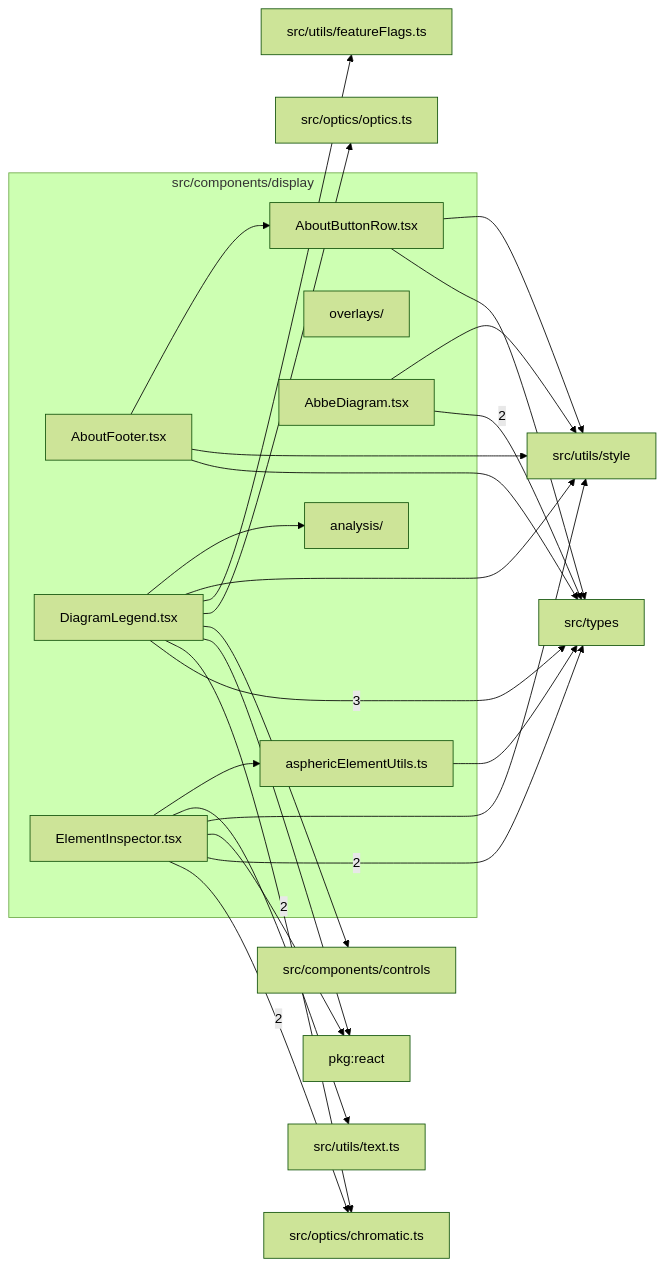
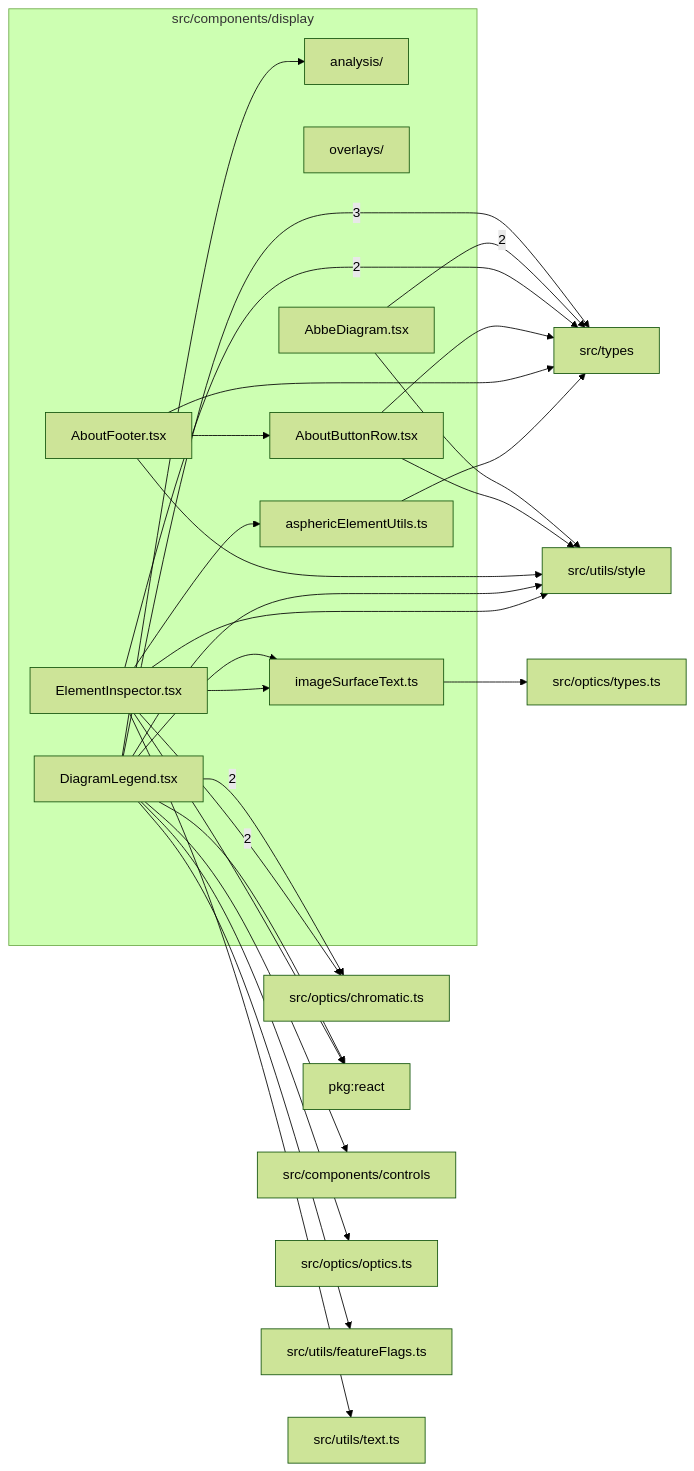
Before and after one commit to ronbuening/LensVisualizer: the diagram in src/components/display/readme.md, drawn with Mermaid (forest theme). The commit also changed other lines of this file and 57 other files, not shown here.

````diff
--- a/src/components/display/readme.md
+++ b/src/components/display/readme.md
@@ -9,43 +9,48 @@
 ```mermaid
 flowchart LR
   subgraph n_src_components_display["src/components/display"]
     n_src_components_display_src_components_display_analysis["analysis/"]
     n_src_components_display_src_components_display_overlays["overlays/"]
     n_src_components_display_src_components_display_AbbeDiagram_tsx["AbbeDiagram.tsx"]
     n_src_components_display_src_components_display_AboutButtonRow_tsx["AboutButtonRow.tsx"]
     n_src_components_display_src_components_display_AboutFooter_tsx["AboutFooter.tsx"]
     n_src_components_display_src_components_display_asphericElementUtils_ts["asphericElementUtils.ts"]
     n_src_components_display_src_components_display_DiagramLegend_tsx["DiagramLegend.tsx"]
     n_src_components_display_src_components_display_ElementInspector_tsx["ElementInspector.tsx"]
+    n_src_components_display_src_components_display_imageSurfaceText_ts["imageSurfaceText.ts"]
   end
   n_external_src_types["src/types"]
   n_external_src_optics_chromatic_ts["src/optics/chromatic.ts"]
   n_external_pkg_react["pkg:react"]
   n_external_src_components_controls["src/components/controls"]
   n_external_src_optics_optics_ts["src/optics/optics.ts"]
+  n_external_src_optics_types_ts["src/optics/types.ts"]
   n_external_src_utils_featureFlags_ts["src/utils/featureFlags.ts"]
   n_external_src_utils_style["src/utils/style"]
   n_external_src_utils_text_ts["src/utils/text.ts"]
   n_src_components_display_src_components_display_DiagramLegend_tsx --> |3| n_external_src_types
   n_src_components_display_src_components_display_DiagramLegend_tsx --> |2| n_external_src_optics_chromatic_ts
   n_src_components_display_src_components_display_ElementInspector_tsx --> |2| n_external_src_optics_chromatic_ts
   n_src_components_display_src_components_display_AbbeDiagram_tsx --> |2| n_external_src_types
   n_src_components_display_src_components_display_ElementInspector_tsx --> |2| n_external_src_types
   n_src_components_display_src_components_display_DiagramLegend_tsx --> n_external_pkg_react
   n_src_components_display_src_components_display_ElementInspector_tsx --> n_external_pkg_react
   n_src_components_display_src_components_display_DiagramLegend_tsx --> n_external_src_components_controls
   n_src_components_display_src_components_display_DiagramLegend_tsx --> n_external_src_optics_optics_ts
+  n_src_components_display_src_components_display_imageSurfaceText_ts --> n_external_src_optics_types_ts
   n_src_components_display_src_components_display_AboutButtonRow_tsx --> n_external_src_types
   n_src_components_display_src_components_display_AboutFooter_tsx --> n_external_src_types
   n_src_components_display_src_components_display_asphericElementUtils_ts --> n_external_src_types
   n_src_components_display_src_components_display_DiagramLegend_tsx --> n_external_src_utils_featureFlags_ts
   n_src_components_display_src_components_display_AbbeDiagram_tsx --> n_external_src_utils_style
   n_src_components_display_src_components_display_AboutButtonRow_tsx --> n_external_src_utils_style
   n_src_components_display_src_components_display_AboutFooter_tsx --> n_external_src_utils_style
   n_src_components_display_src_components_display_DiagramLegend_tsx --> n_external_src_utils_style
   n_src_components_display_src_components_display_ElementInspector_tsx --> n_external_src_utils_style
   n_src_components_display_src_components_display_ElementInspector_tsx --> n_external_src_utils_text_ts
   n_src_components_display_src_components_display_AboutFooter_tsx --> n_src_components_display_src_components_display_AboutButtonRow_tsx
   n_src_components_display_src_components_display_DiagramLegend_tsx --> n_src_components_display_src_components_display_analysis
   n_src_components_display_src_components_display_ElementInspector_tsx --> n_src_components_display_src_components_display_asphericElementUtils_ts
+  n_src_components_display_src_components_display_DiagramLegend_tsx --> n_src_components_display_src_components_display_imageSurfaceText_ts
+  n_src_components_display_src_components_display_ElementInspector_tsx --> n_src_components_display_src_components_display_imageSurfaceText_ts
 ```
````
